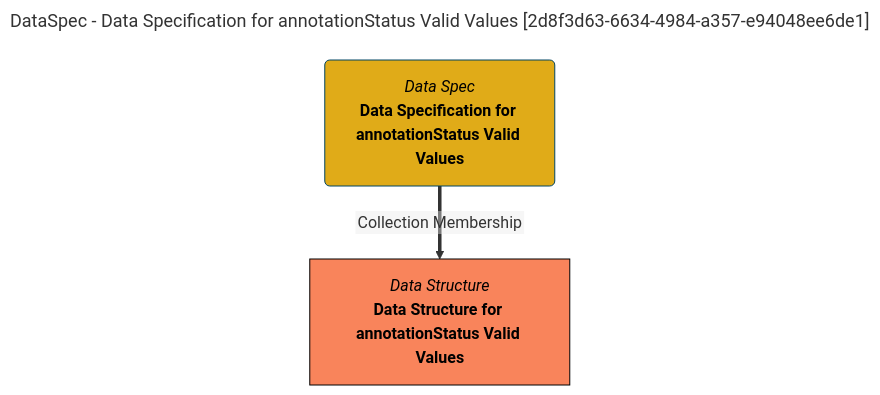
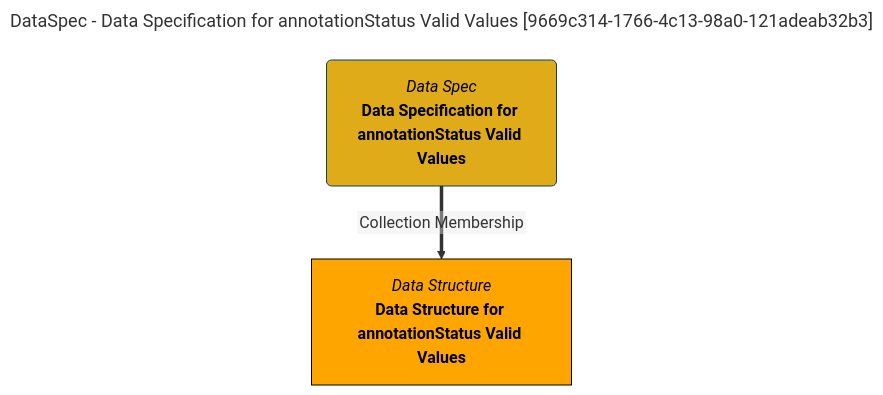
The diagram in site/snippets/collections/data-specs/data-specification-for-annotationstatus-valid-values-mermaid-graph.md (odpi/egeria-docs), drawn with Mermaid before and after one commit. The commit also changed 2201 other files, not shown here.

````diff
--- a/site/snippets/collections/data-specs/data-specification-for-annotationstatus-valid-values-mermaid-graph.md
+++ b/site/snippets/collections/data-specs/data-specification-for-annotationstatus-valid-values-mermaid-graph.md
@@ -1,15 +1,15 @@
 ```mermaid
 ---
-title: DataSpec - Data Specification for annotationStatus Valid Values [2d8f3d63-6634-4984-a357-e94048ee6de1]
+title: DataSpec - Data Specification for annotationStatus Valid Values [9669c314-1766-4c13-98a0-121adeab32b3]
 ---
 flowchart TD
 %%{init: {"flowchart": {"htmlLabels": false}} }%%
 
 1@{ shape: rounded, label: "*Data Spec*
 **Data Specification for annotationStatus Valid Values**"}
 2@{ shape: rect, label: "*Data Structure*
 **Data Structure for annotationStatus Valid Values**"}
 1==>|"Collection Membership"|2
 style 1 color:#000000, fill:#e0ab18, stroke:#004563
-style 2 color:#000000, fill:#f9845b, stroke:#000000
+style 2 color:#000000, fill:#FFA500, stroke:#000000
 ```
````
